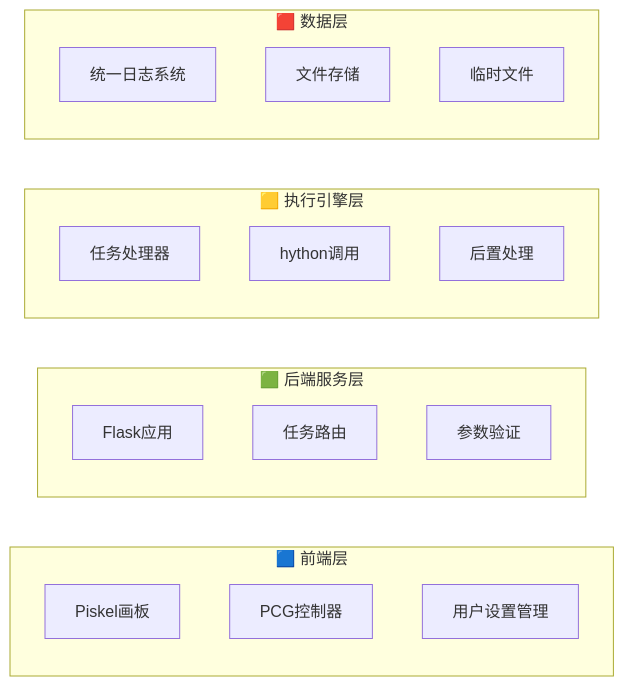
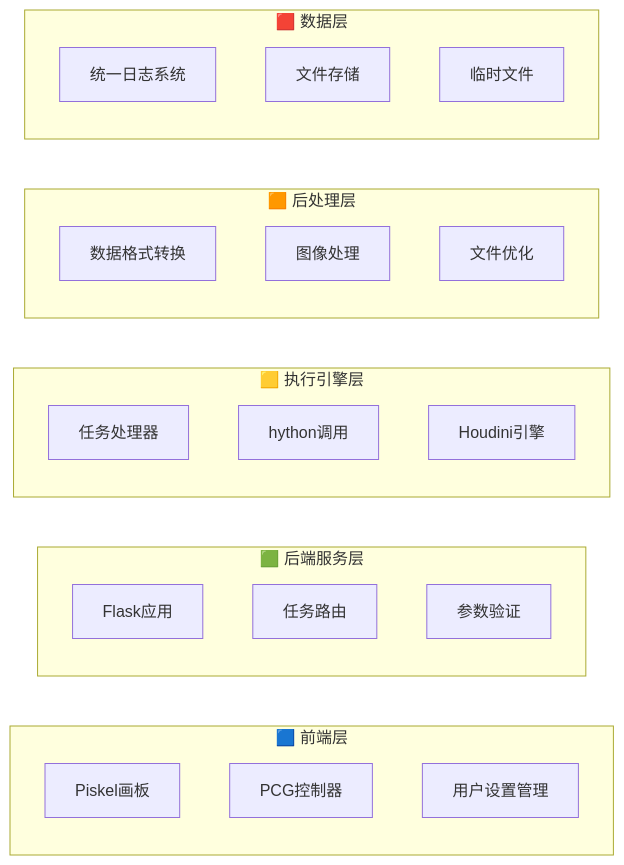
The second of 8 diagrams in Houdini后端服务架构笔记.md (NTOM/piskel2Houdini), drawn with Mermaid before and after one commit. The commit also changed other lines of this file and 1 other file, not shown here.

````diff
--- a/Houdini后端服务架构笔记.md
+++ b/Houdini后端服务架构笔记.md
@@ -72,26 +72,32 @@
 ```mermaid
 graph LR
     subgraph "🟦 前端层"
         A[Piskel画板]
         B[PCG控制器]
         C[用户设置管理]
     end
     
     subgraph "🟩 后端服务层"
         D[Flask应用]
         E[任务路由]
         F[参数验证]
     end
     
     subgraph "🟨 执行引擎层"
         G[任务处理器]
         H[hython调用]
-        I[后置处理]
+        I[Houdini引擎]
+    end
+    
+    subgraph "🟧 后处理层"
+        J[数据格式转换]
+        K[图像处理]
+        L[文件优化]
     end
     
     subgraph "🟥 数据层"
-        J[统一日志系统]
-        K[文件存储]
-        L[临时文件]
+        M[统一日志系统]
+        N[文件存储]
+        O[临时文件]
     end
 ```
````
